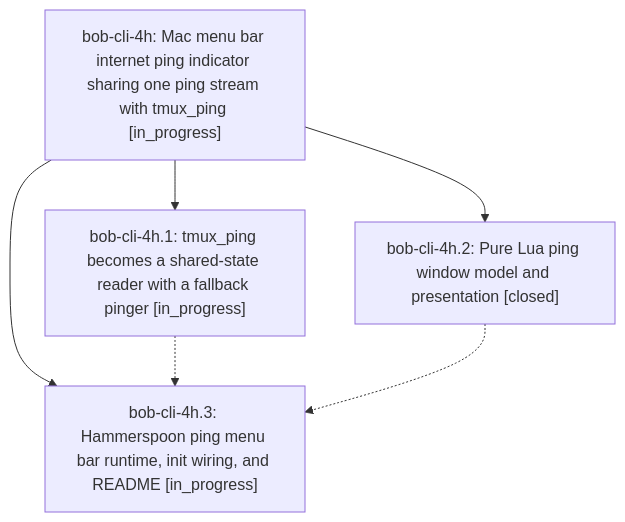
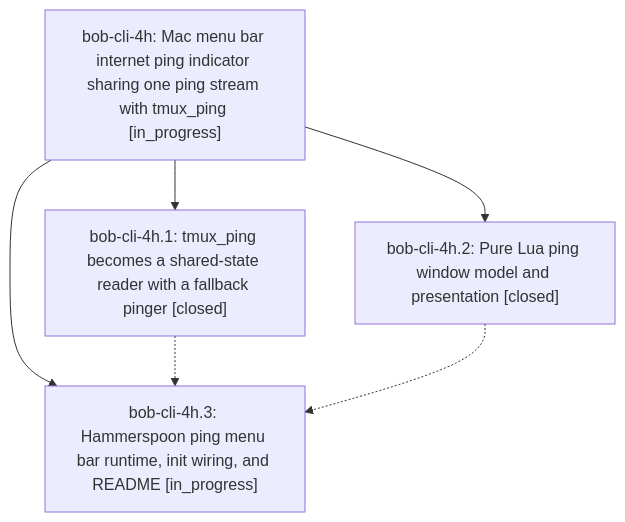
One commit to bobs-org/bob-cli--beads changed the diagram in pages/bob-cli-4h/README.md. Above: the diagram before and after it, drawn with Mermaid. The commit also changed other lines of this file and 2 other files, not shown here.

First line of the commit message:
chore(beads): sync bead state and pages for bob-cli-4h

````diff
--- a/pages/bob-cli-4h/README.md
+++ b/pages/bob-cli-4h/README.md
@@ -24,12 +24,12 @@
 ```mermaid
 flowchart TD
     n0["bob-cli-4h: Mac menu bar internet ping indicator sharing one ping stream with tmux_ping [in_progress]"]
-    n1["bob-cli-4h.1: tmux_ping becomes a shared-state reader with a fallback pinger [in_progress]"]
+    n1["bob-cli-4h.1: tmux_ping becomes a shared-state reader with a fallback pinger [closed]"]
     n2["bob-cli-4h.2: Pure Lua ping window model and presentation [closed]"]
     n3["bob-cli-4h.3: Hammerspoon ping menu bar runtime, init wiring, and README [in_progress]"]
     n0 --> n1
     n0 --> n2
     n0 --> n3
     n1 -.-> n3
     n2 -.-> n3
 ```
````
